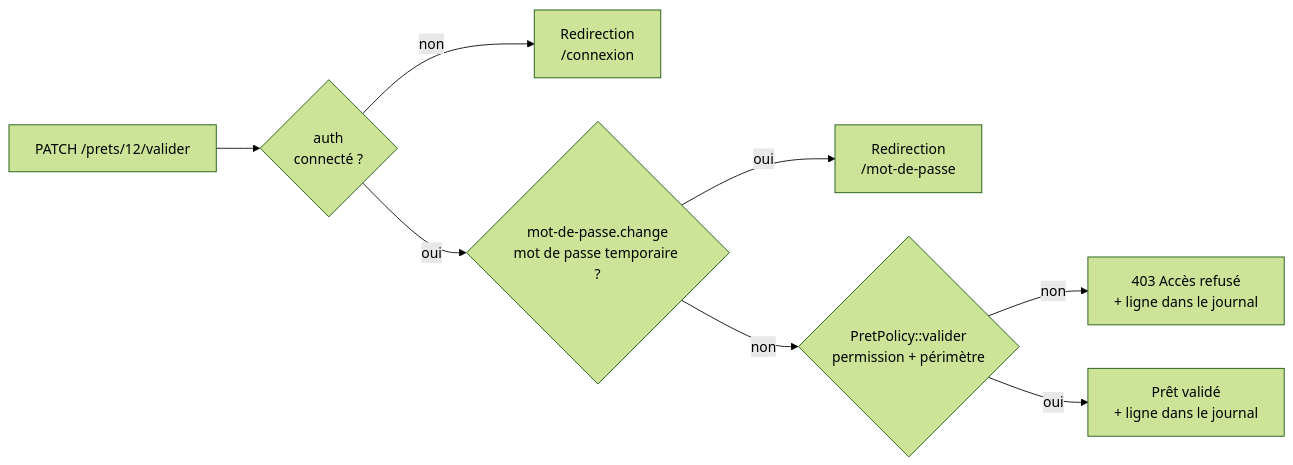
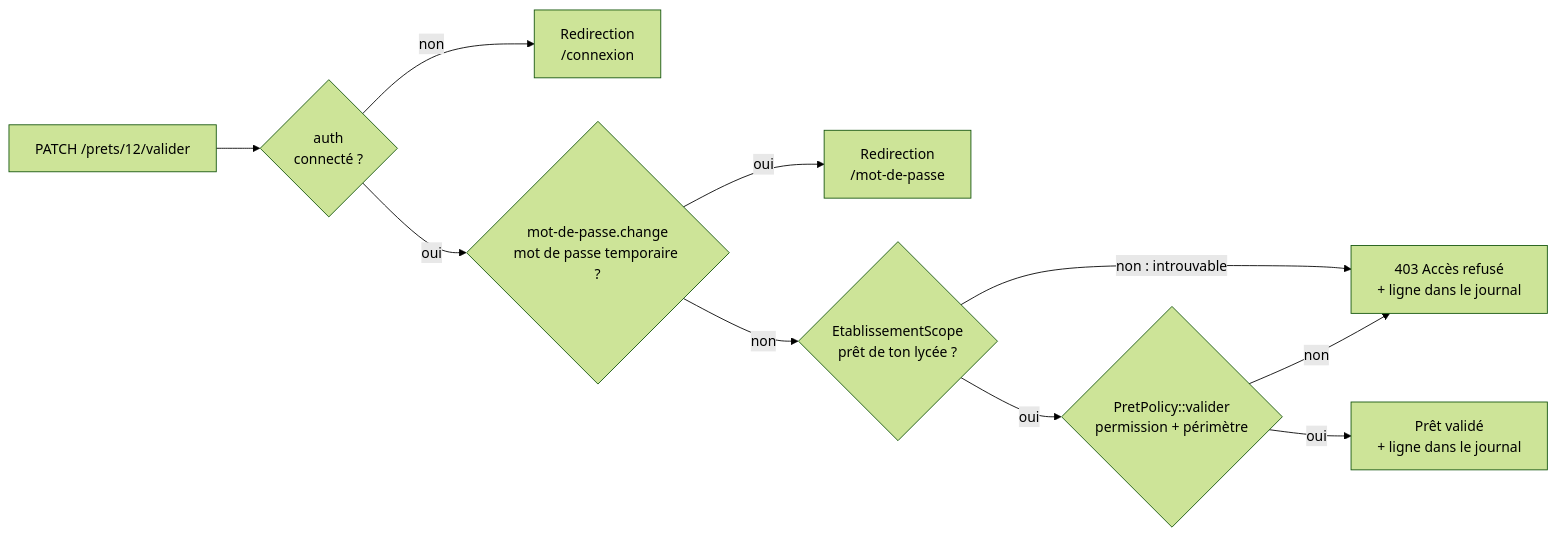
The diagram in docs/autorisations.md (samucombari-lgtm/gestion_materiel), drawn with Mermaid (forest theme) before and after one commit. The commit also changed other lines of this file and 4 other files, not shown here.

````diff
--- a/docs/autorisations.md
+++ b/docs/autorisations.md
@@ -24,10 +25,12 @@
 ```mermaid
 flowchart LR
     A["PATCH /prets/12/valider"] --> B{"auth<br/>connecté ?"}
     B -- non --> R1["Redirection<br/>/connexion"]
     B -- oui --> C{"mot-de-passe.change<br/>mot de passe temporaire ?"}
     C -- oui --> R2["Redirection<br/>/mot-de-passe"]
-    C -- non --> D{"PretPolicy::valider<br/>permission + périmètre"}
-    D -- non --> R3["403 Accès refusé<br/>+ ligne dans le journal"]
+    C -- non --> S{"EtablissementScope<br/>prêt de ton lycée ?"}
+    S -- "non : introuvable" --> R3["403 Accès refusé<br/>+ ligne dans le journal"]
+    S -- oui --> D{"PretPolicy::valider<br/>permission + périmètre"}
+    D -- non --> R3
     D -- oui --> E["Prêt validé<br/>+ ligne dans le journal"]
 ```
````
